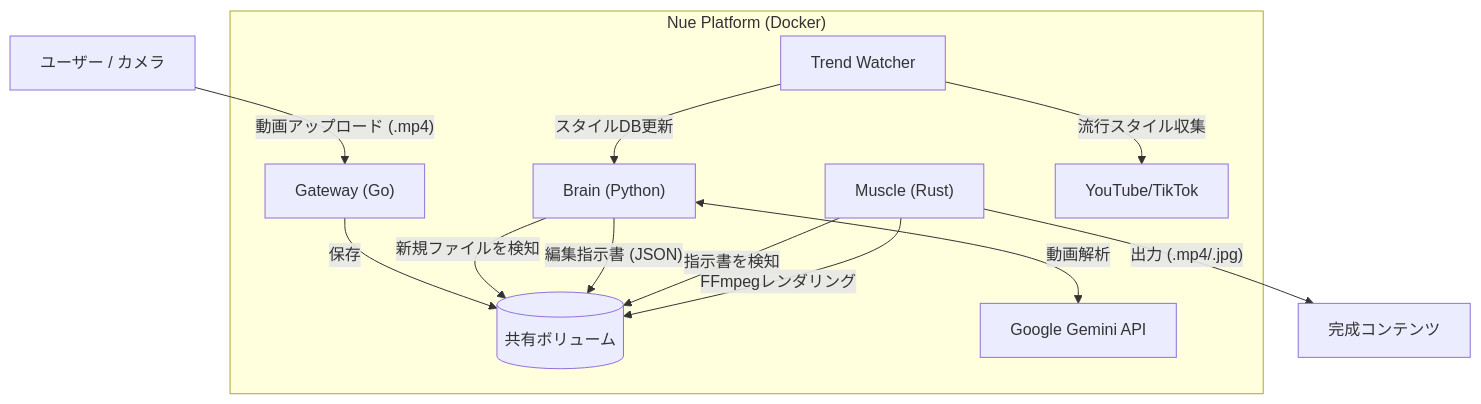
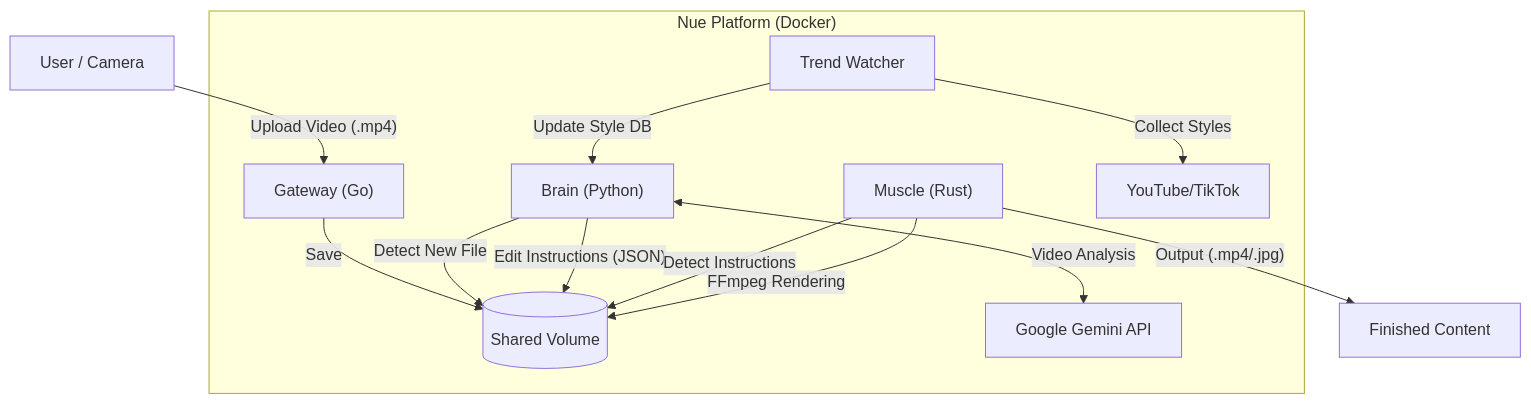
One commit to naki0227/nue changed the diagram in README.md. Above: the diagram before and after it, drawn with Mermaid. The commit also changed other lines of this file and 1 other file, not shown here.

````diff
--- a/README.md
+++ b/README.md
@@ -43,20 +47,20 @@
 ```mermaid
 graph TD
-    U["ユーザー / カメラ"] -->|"動画アップロード (.mp4)"| G
+    U["User / Camera"] -->|"Upload Video (.mp4)"| G
 
     subgraph "Nue Platform (Docker)"
-        G["Gateway (Go)"] -->|"保存"| V[("共有ボリューム")]
+        G["Gateway (Go)"] -->|"Save"| V[("Shared Volume")]
         
-        B["Brain (Python)"] -->|"新規ファイルを検知"| V
-        B <-->|"動画解析"| Gem["Google Gemini API"]
-        B -->|"編集指示書 (JSON)"| V
+        B["Brain (Python)"] -->|"Detect New File"| V
+        B <-->|"Video Analysis"| Gem["Google Gemini API"]
+        B -->|"Edit Instructions (JSON)"| V
         
-        M["Muscle (Rust)"] -->|"指示書を検知"| V
-        M -->|"FFmpegレンダリング"| V
+        M["Muscle (Rust)"] -->|"Detect Instructions"| V
+        M -->|"FFmpeg Rendering"| V
         
-        T["Trend Watcher"] -->|"流行スタイル収集"| YT["YouTube/TikTok"]
-        T -->|"スタイルDB更新"| B
+        T["Trend Watcher"] -->|"Collect Styles"| YT["YouTube/TikTok"]
+        T -->|"Update Style DB"| B
     end
     
-    M -->|"出力 (.mp4/.jpg)"| O["完成コンテンツ"]
+    M -->|"Output (.mp4/.jpg)"| O["Finished Content"]
 ```
````
